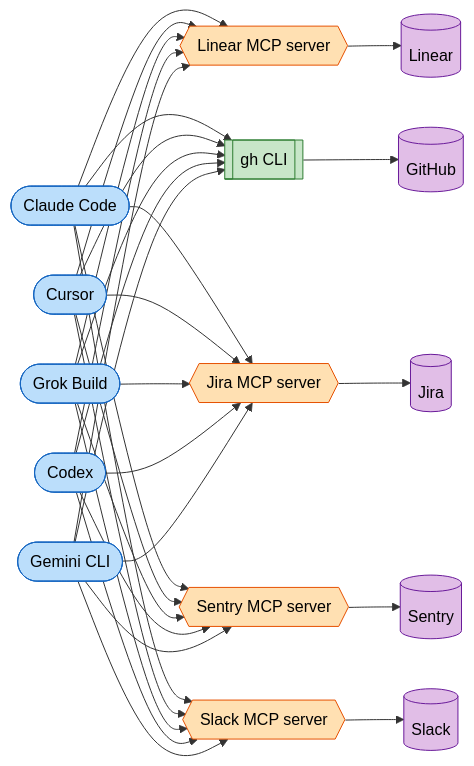
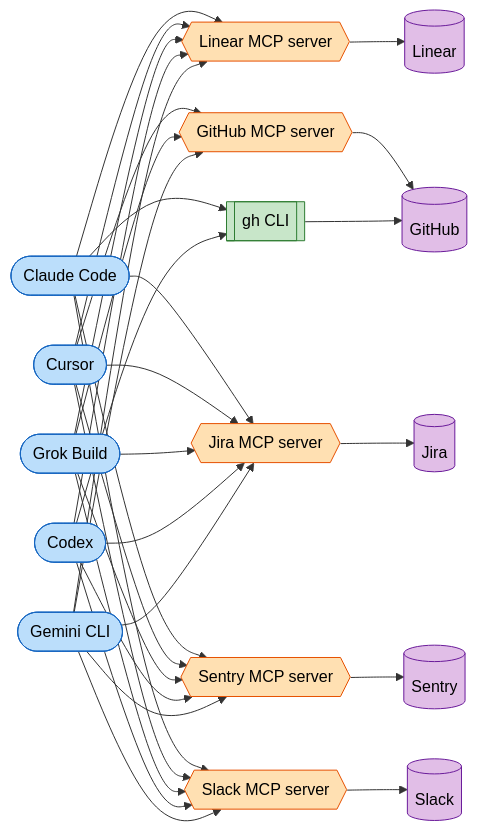
Before and after one commit to alephic-ai/foac: the first of 2 diagrams in README.md, drawn with Mermaid.

Commit message:
docs: vary GitHub adapters per harness in the before diagram
Some harnesses use the GitHub MCP server and others the gh CLI, to show
the adapter mix foac replaces.

````diff
--- a/README.md
+++ b/README.md
@@ -19,21 +19,22 @@
 ```mermaid
 graph LR
     CC([Claude Code]) --> LMCP & GHCLI & JMCP & SMCP & SLMCP
-    CU([Cursor]) --> LMCP & GHCLI & JMCP & SMCP & SLMCP
-    GRK([Grok Build]) --> LMCP & GHCLI & JMCP & SMCP & SLMCP
+    CU([Cursor]) --> LMCP & GHMCP & JMCP & SMCP & SLMCP
+    GRK([Grok Build]) --> LMCP & GHMCP & JMCP & SMCP & SLMCP
     CX([Codex]) --> LMCP & GHCLI & JMCP & SMCP & SLMCP
-    GEM([Gemini CLI]) --> LMCP & GHCLI & JMCP & SMCP & SLMCP
+    GEM([Gemini CLI]) --> LMCP & GHMCP & JMCP & SMCP & SLMCP
     LMCP{{Linear MCP server}} --> Linear[(Linear)]
-    GHCLI[[gh CLI]] --> GitHub[(GitHub)]
+    GHMCP{{GitHub MCP server}} --> GitHub[(GitHub)]
+    GHCLI[[gh CLI]] --> GitHub
     JMCP{{Jira MCP server}} --> Jira[(Jira)]
     SMCP{{Sentry MCP server}} --> Sentry[(Sentry)]
     SLMCP{{Slack MCP server}} --> Slack[(Slack)]
     classDef harness fill:#bbdefb,stroke:#1565c0,color:#000
     classDef mcp fill:#ffe0b2,stroke:#e65100,color:#000
     classDef cli fill:#c8e6c9,stroke:#2e7d32,color:#000
     classDef provider fill:#e1bee7,stroke:#6a1b9a,color:#000
     class CC,CU,GRK,CX,GEM harness
-    class LMCP,JMCP,SMCP,SLMCP mcp
+    class LMCP,GHMCP,JMCP,SMCP,SLMCP mcp
     class GHCLI cli
     class Linear,GitHub,Jira,Sentry,Slack provider
 ```
````
